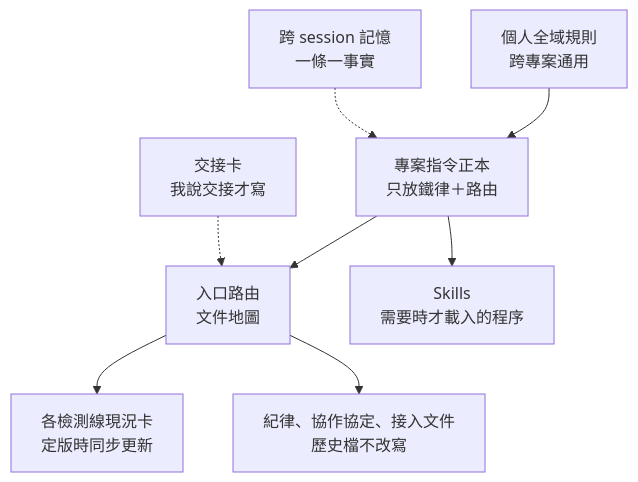
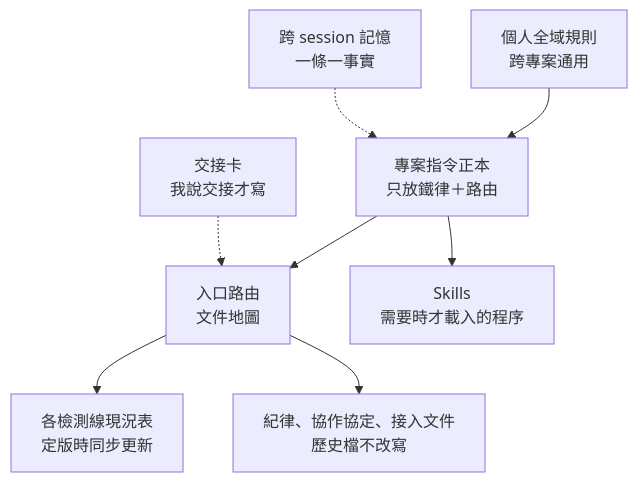
The diagram in growth/07_knowledge_architecture.md (dtgfdgfgf/BIO), drawn with Mermaid before and after one commit. The commit also changed other lines of this file and 19 other files, not shown here.

````diff
--- a/growth/07_knowledge_architecture.md
+++ b/growth/07_knowledge_architecture.md
@@ -44,10 +44,10 @@
 ```mermaid
 flowchart TD
   G["個人全域規則<br/>跨專案通用"] --> P
   P["專案指令正本<br/>只放鐵律＋路由"] --> R["入口路由<br/>文件地圖"]
   P --> S["Skills<br/>需要時才載入的程序"]
-  R --> C["各檢測線現況卡<br/>定版時同步更新"]
+  R --> C["各檢測線現況表<br/>定版時同步更新"]
   R --> D["紀律、協作協定、接入文件<br/>歷史檔不改寫"]
   M["跨 session 記憶<br/>一條一事實"] -.-> P
   H["交接卡<br/>我說交接才寫"] -.-> R
 ```
````
